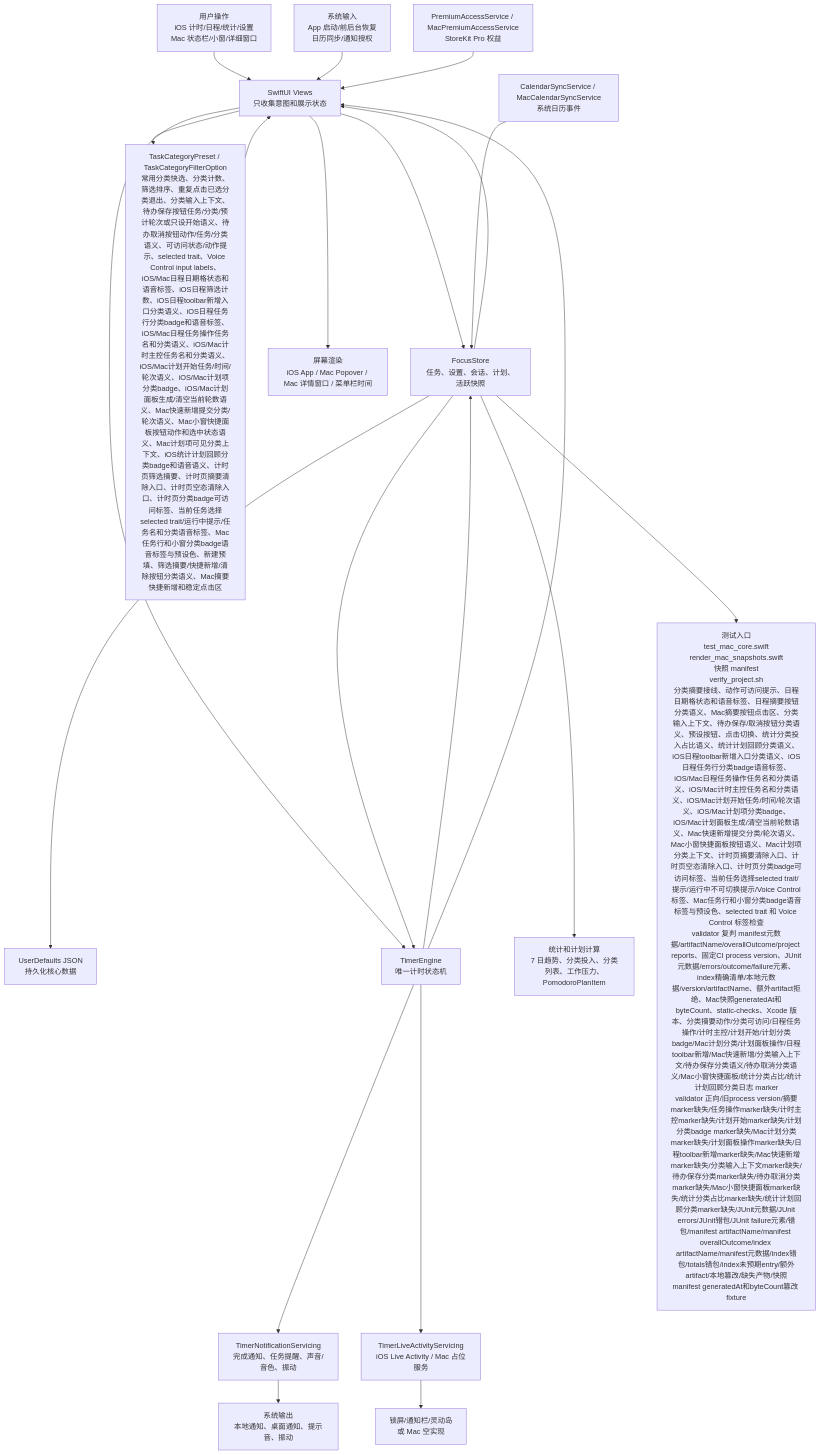
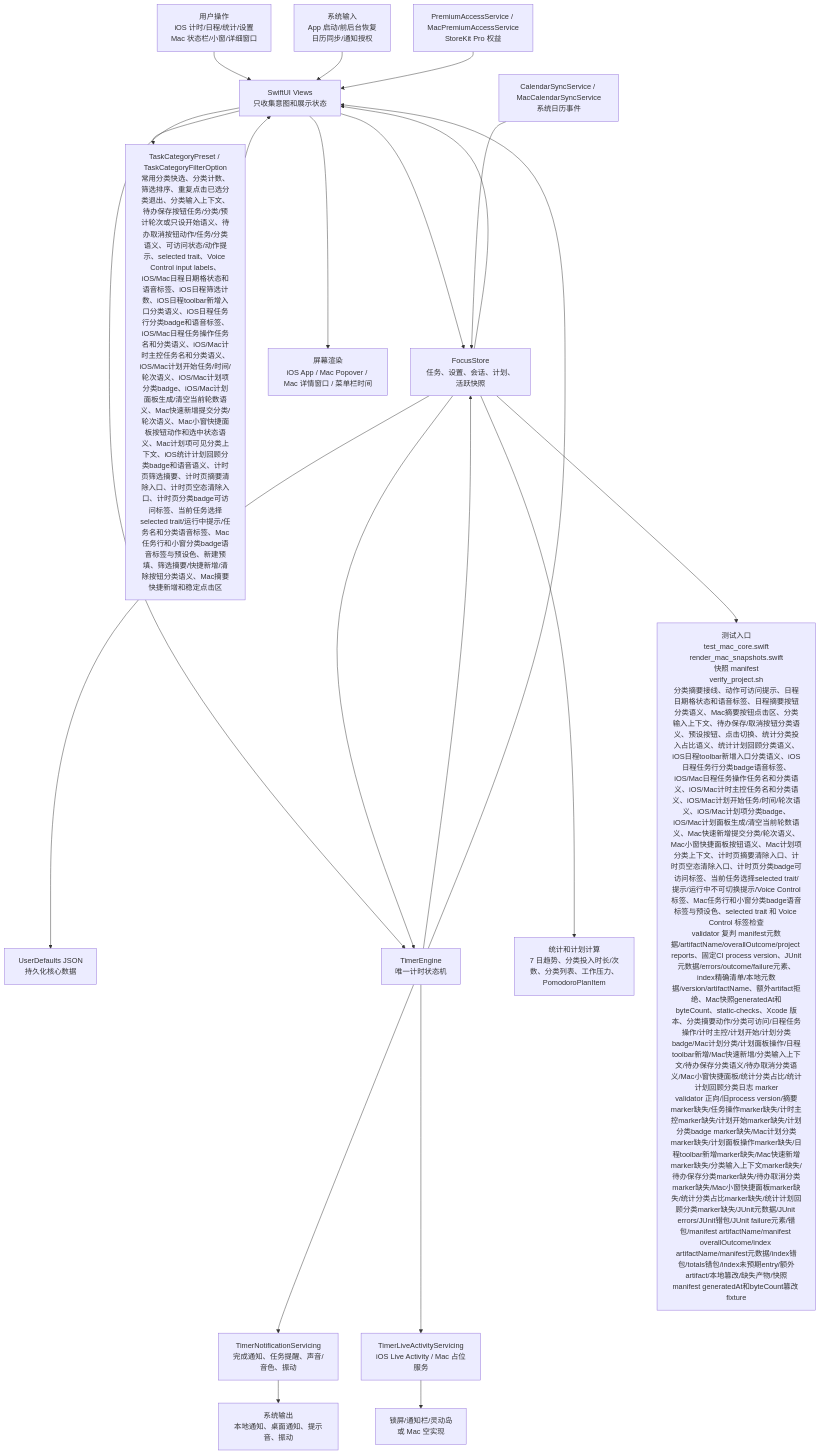
Before and after one commit to Altman-sam114/114: the first of 6 diagrams in md/flow/flowchart.md, drawn with Mermaid. The commit also changed other lines of this file and 12 other files, not shown here.

````diff
--- a/md/flow/flowchart.md
+++ b/md/flow/flowchart.md
@@ -9,23 +9,23 @@
 ```mermaid
 flowchart TD
   U["用户操作<br/>iOS 计时/日程/统计/设置<br/>Mac 状态栏/小窗/详细窗口"] --> V["SwiftUI Views<br/>只收集意图和展示状态"]
   SYS["系统输入<br/>App 启动/前后台恢复<br/>日历同步/通知授权"] --> V
   V --> S["FocusStore<br/>任务、设置、会话、计划、活跃快照"]
   V --> CAT["TaskCategoryPreset / TaskCategoryFilterOption<br/>常用分类快选、分类计数、筛选排序、重复点击已选分类退出、分类输入上下文、待办保存按钮任务/分类/预计轮次或只设开始语义、待办取消按钮动作/任务/分类语义、可访问状态/动作提示、selected trait、Voice Control input labels、iOS/Mac日程日期格状态和语音标签、iOS日程筛选计数、iOS日程toolbar新增入口分类语义、iOS日程任务行分类badge和语音标签、iOS/Mac日程任务操作任务名和分类语义、iOS/Mac计时主控任务名和分类语义、iOS/Mac计划开始任务/时间/轮次语义、iOS/Mac计划项分类badge、iOS/Mac计划面板生成/清空当前轮数语义、Mac快速新增提交分类/轮次语义、Mac小窗快捷面板按钮动作和选中状态语义、Mac计划项可见分类上下文、iOS统计计划回顾分类badge和语音语义、计时页筛选摘要、计时页摘要清除入口、计时页空态清除入口、计时页分类badge可访问标签、当前任务选择selected trait/运行中提示/任务名和分类语音标签、Mac任务行和小窗分类badge语音标签与预设色、新建预填、筛选摘要/快捷新增/清除按钮分类语义、Mac摘要快捷新增和稳定点击区"]
   CAT --> V
   S --> P["UserDefaults JSON<br/>持久化核心数据"]
   V --> E["TimerEngine<br/>唯一计时状态机"]
   S --> E
   E --> S
   E --> N["TimerNotificationServicing<br/>完成通知、任务提醒、声音/音色、振动"]
   E --> L["TimerLiveActivityServicing<br/>iOS Live Activity / Mac 占位服务"]
-  S --> C["统计和计划计算<br/>7 日趋势、分类投入、分类列表、工作压力、PomodoroPlanItem"]
+  S --> C["统计和计划计算<br/>7 日趋势、分类投入时长/次数、分类列表、工作压力、PomodoroPlanItem"]
   CAL["CalendarSyncService / MacCalendarSyncService<br/>系统日历事件"] --> S
   PRO["PremiumAccessService / MacPremiumAccessService<br/>StoreKit Pro 权益"] --> V
   S --> V
   E --> V
   V --> OUT["屏幕渲染<br/>iOS App / Mac Popover / Mac 详情窗口 / 菜单栏时间"]
   N --> OUT2["系统输出<br/>本地通知、桌面通知、提示音、振动"]
   L --> OUT3["锁屏/通知栏/灵动岛<br/>或 Mac 空实现"]
   S --> T["测试入口<br/>test_mac_core.swift<br/>render_mac_snapshots.swift<br/>快照 manifest<br/>verify_project.sh<br/>分类摘要接线、动作可访问提示、日程日期格状态和语音标签、日程摘要按钮分类语义、Mac摘要按钮点击区、分类输入上下文、待办保存/取消按钮分类语义、预设按钮、点击切换、统计分类投入占比语义、统计计划回顾分类语义、iOS日程toolbar新增入口分类语义、iOS日程任务行分类badge语音标签、iOS/Mac日程任务操作任务名和分类语义、iOS/Mac计时主控任务名和分类语义、iOS/Mac计划开始任务/时间/轮次语义、iOS/Mac计划项分类badge、iOS/Mac计划面板生成/清空当前轮数语义、Mac快速新增提交分类/轮次语义、Mac小窗快捷面板按钮语义、Mac计划项分类上下文、计时页摘要清除入口、计时页空态清除入口、计时页分类badge可访问标签、当前任务选择selected trait/提示/运行中不可切换提示/Voice Control标签、Mac任务行和小窗分类badge语音标签与预设色、selected trait 和 Voice Control 标签检查<br/>validator 复判 manifest元数据/artifactName/overallOutcome/project reports、固定CI process version、JUnit元数据/errors/outcome/failure元素、index精确清单/本地元数据/version/artifactName、额外artifact拒绝、Mac快照generatedAt和byteCount、static-checks、Xcode 版本、分类摘要动作/分类可访问/日程任务操作/计时主控/计划开始/计划分类badge/Mac计划分类/计划面板操作/日程toolbar新增/Mac快速新增/分类输入上下文/待办保存分类语义/待办取消分类语义/Mac小窗快捷面板/统计分类占比/统计计划回顾分类日志 marker<br/>validator 正向/旧process version/摘要marker缺失/任务操作marker缺失/计时主控marker缺失/计划开始marker缺失/计划分类badge marker缺失/Mac计划分类marker缺失/计划面板操作marker缺失/日程toolbar新增marker缺失/Mac快速新增marker缺失/分类输入上下文marker缺失/待办保存分类marker缺失/待办取消分类marker缺失/Mac小窗快捷面板marker缺失/统计分类占比marker缺失/统计计划回顾分类marker缺失/JUnit元数据/JUnit errors/JUnit错包/JUnit failure元素/错包/manifest artifactName/manifest overallOutcome/index artifactName/manifest元数据/index错包/totals错包/index未预期entry/额外artifact/本地篡改/缺失产物/快照manifest generatedAt和byteCount篡改 fixture"]
 ```
````
